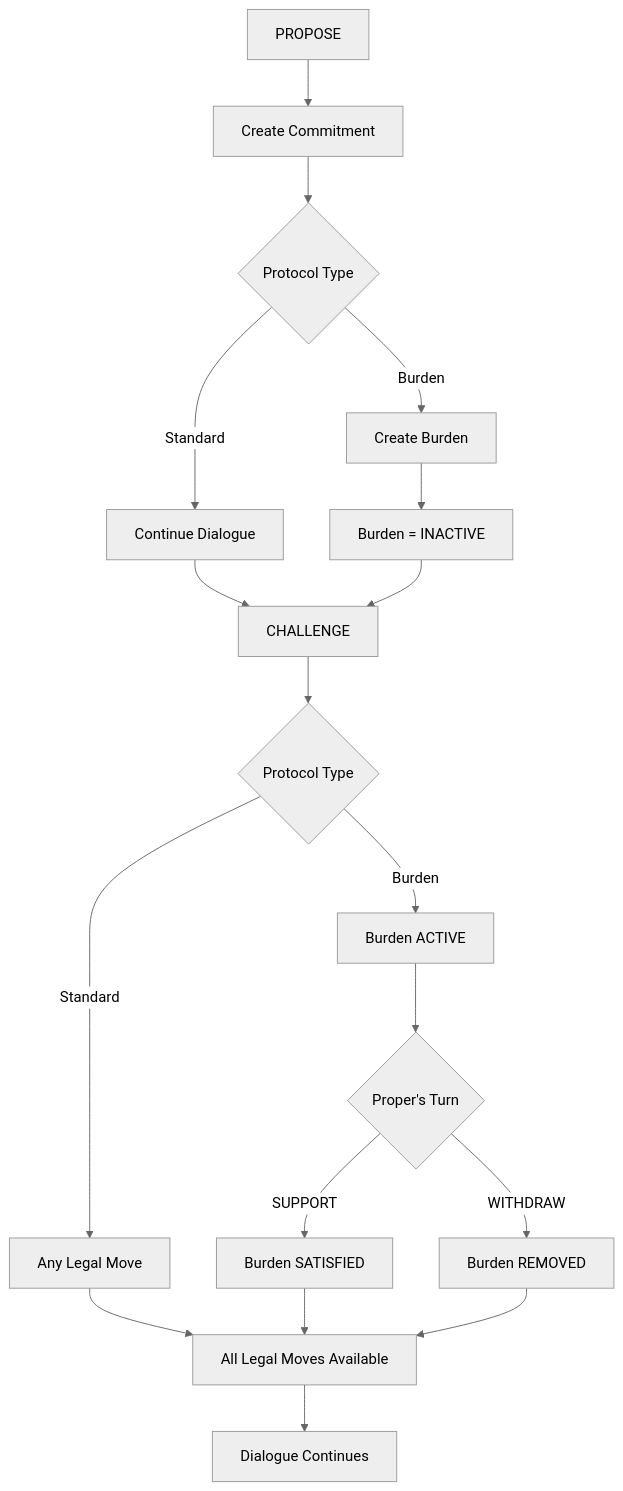
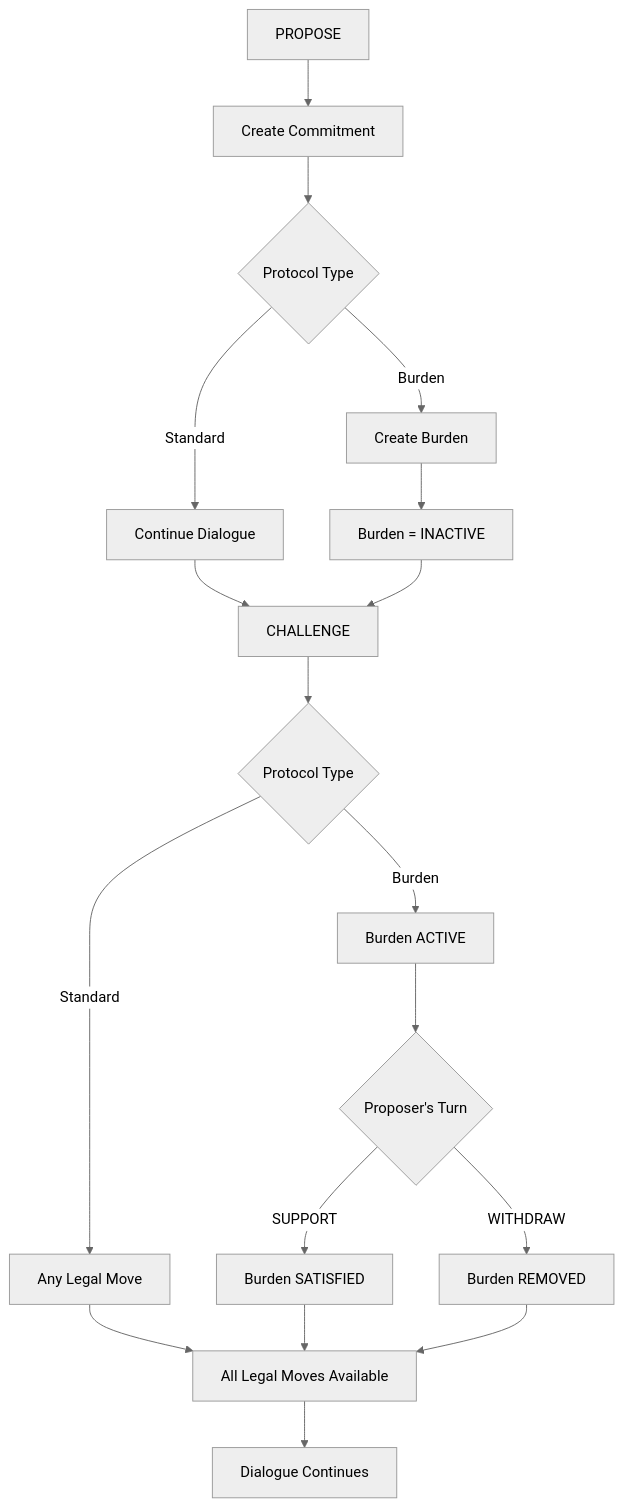
Before and after one commit to ewanblake/deliberation-games: the diagram in docs/protocol-flow.md, drawn with Mermaid (neutral theme).

Commit message:
Spelling Mistake :0

````diff
--- a/docs/protocol-flow.md
+++ b/docs/protocol-flow.md
@@ -1,39 +1,39 @@
 ```mermaid
 flowchart TD
 
     A[PROPOSE]
 
     A --> B[Create Commitment]
 
     B --> C{Protocol Type}
 
     C --> |Standard| D[Continue Dialogue]
 
     C --> |Burden| E[Create Burden]
 
     E --> F[Burden = INACTIVE]
 
     D --> G[CHALLENGE]
 
     F --> G
 
     G --> H{Protocol Type}
 
     H --> |Standard| I[Any Legal Move]
 
     H --> |Burden| J[Burden ACTIVE]
 
-    J --> K{Proper's Turn}
+    J --> K{Proposer's Turn}
 
     K --> |SUPPORT| L[Burden SATISFIED]
 
     K --> |WITHDRAW| M[Burden REMOVED]
 
     L --> N[All Legal Moves Available]
 
     I --> N
 
     M --> N
 
     N --> O[Dialogue Continues]
 ```
````
